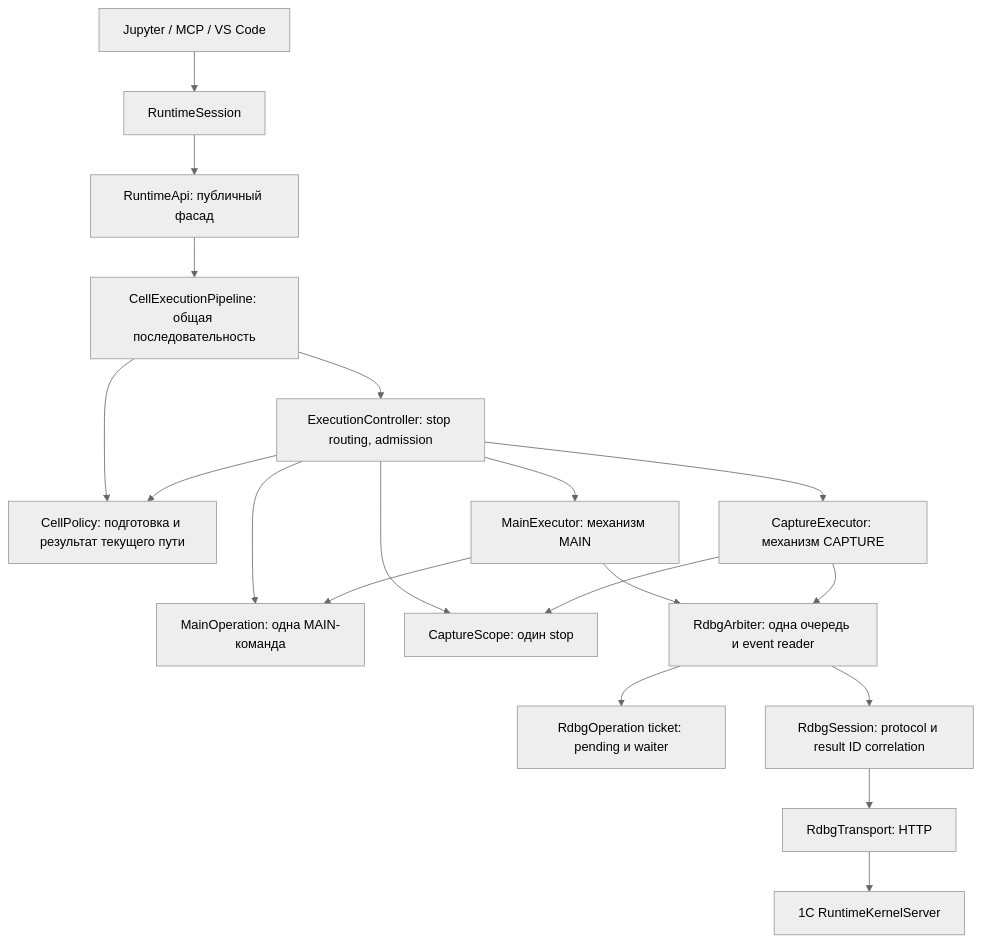
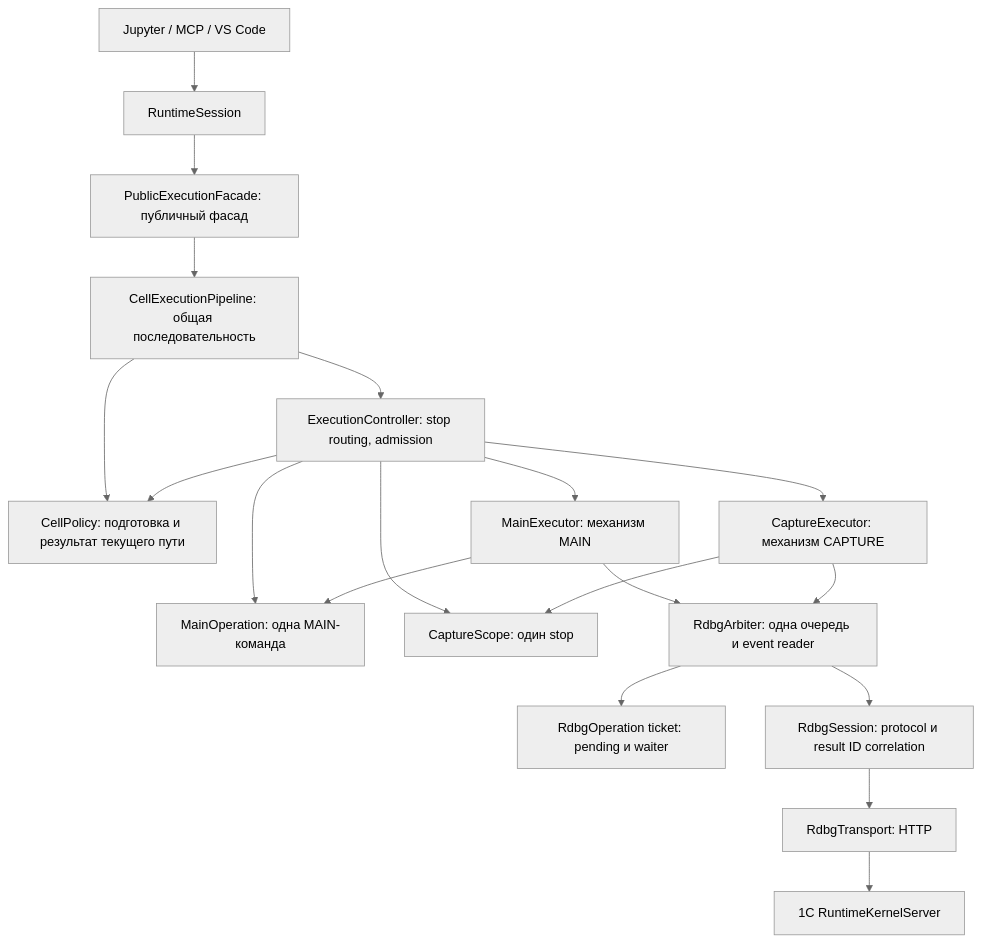
One commit to pulh1/bsl-jupyter-runtime changed the diagram in docs/superpowers/specs/2026-09-17-main-capture-execution-design.md. Above: the diagram before and after it, drawn with Mermaid (neutral theme). The commit also changed other lines of this file and 156 other files, not shown here.

````diff
--- a/docs/superpowers/specs/2026-09-17-main-capture-execution-design.md
+++ b/docs/superpowers/specs/2026-09-17-main-capture-execution-design.md
@@ -23,21 +25,21 @@
 ```mermaid
 flowchart TB
     Frontends[Jupyter / MCP / VS Code] --> Session[RuntimeSession]
-    Session --> API[RuntimeApi: публичный фасад]
+    Session --> API[PublicExecutionFacade: публичный фасад]
     API --> Pipeline[CellExecutionPipeline: общая последовательность]
     Pipeline --> Controller[ExecutionController: stop routing, admission]
     Pipeline --> Policy
     Controller --> Policy[CellPolicy: подготовка и результат текущего пути]
     Controller --> Main[MainExecutor: механизм MAIN]
     Controller --> Capture[CaptureExecutor: механизм CAPTURE]
     Controller --> MainOp[MainOperation: одна MAIN-команда]
     Controller --> Scope[CaptureScope: один stop]
     Main --> MainOp
     Capture --> Scope
     Main --> Arbiter[RdbgArbiter: одна очередь и event reader]
     Capture --> Arbiter
     Arbiter --> Ticket[RdbgOperation ticket: pending и waiter]
     Arbiter --> Debugger[RdbgSession: protocol и result ID correlation]
     Debugger --> Transport[RdbgTransport: HTTP]
     Transport --> OneC[1С RuntimeKernelServer]
 ```
````
